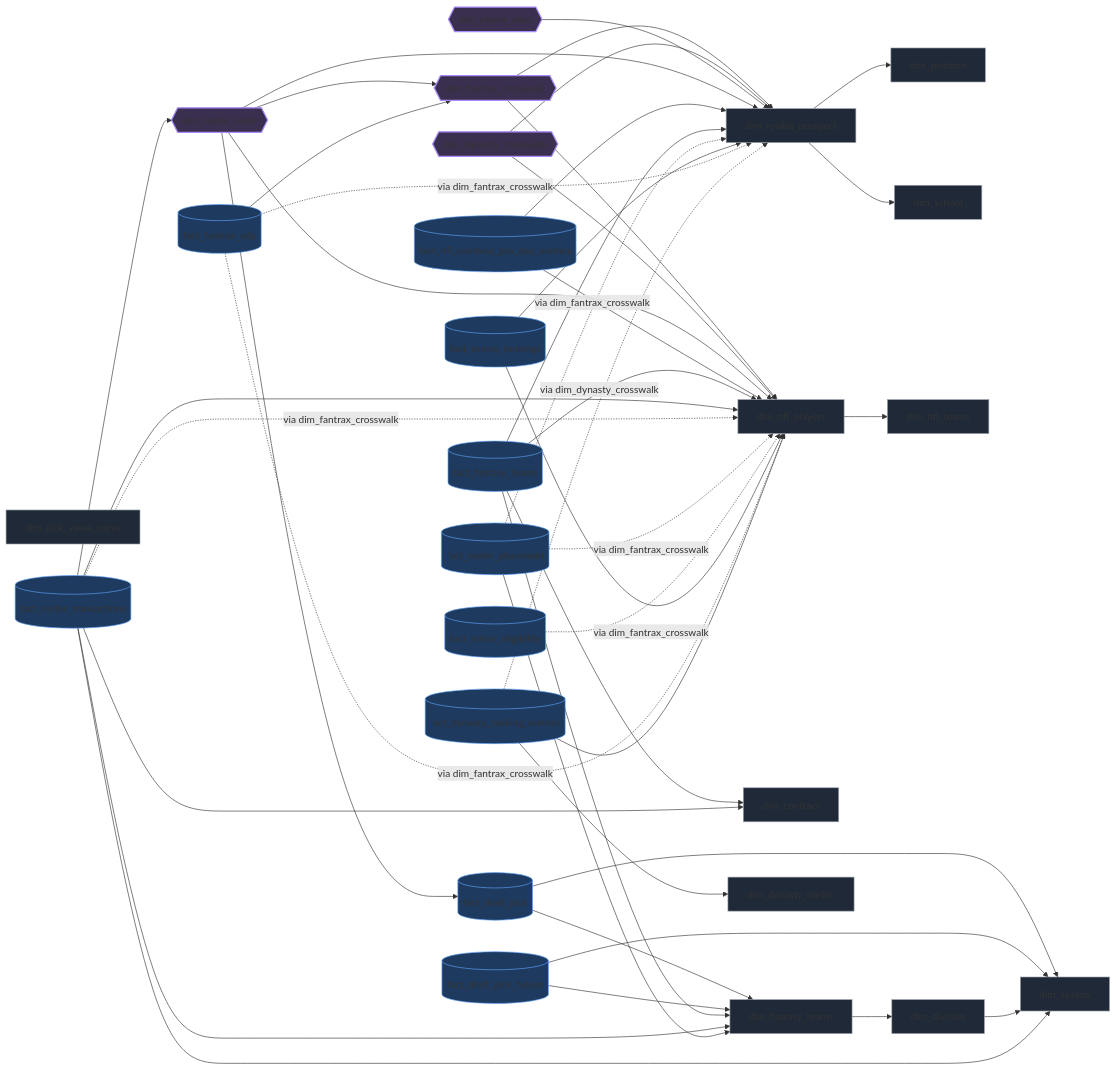
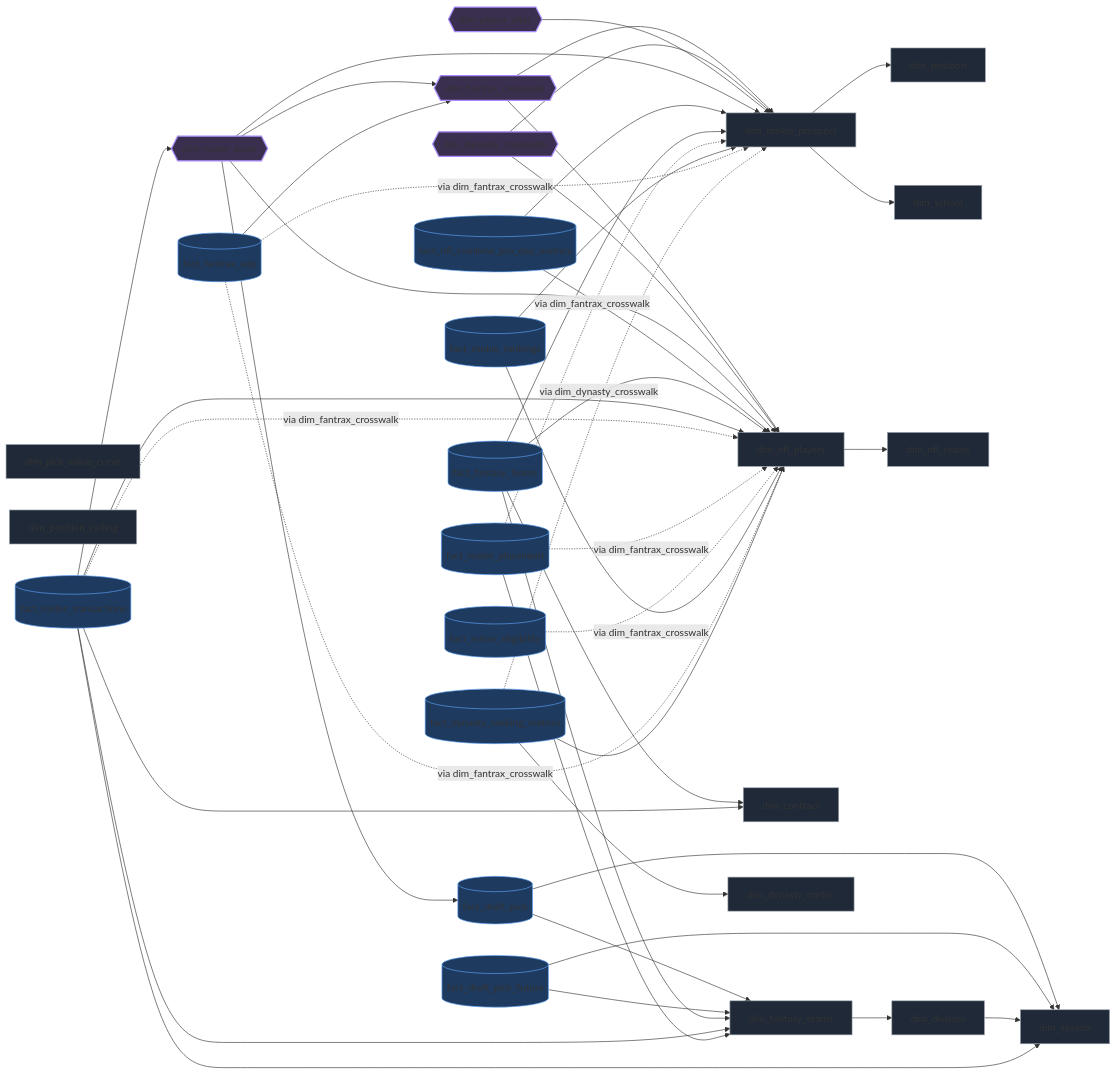
One commit to benjamininja/Python-PowerBI-DynastyFantasyFootball changed the diagram in docs/DATA_MODEL.md. Above: the diagram before and after it, drawn with Mermaid. The commit also changed 34 other files, not shown here.

First line of the commit message:
mouserat_trade-bud v2 asset valuation & memory architecture hardening (#36) (#43)

```diff
--- a/docs/DATA_MODEL.md
+++ b/docs/DATA_MODEL.md
@@ -19,6 +19,7 @@
     dim_nfl_teams[dim_nfl_teams]
     dim_dynasty_metric[dim_dynasty_metric]
     dim_pick_value_curve[dim_pick_value_curve]
+    dim_position_ceiling[dim_position_ceiling]
     fact_draft_pick[(fact_draft_pick)]
     fact_draft_pick_future[(fact_draft_pick_future)]
     dim_season[dim_season]
@@ -90,6 +91,7 @@
     class dim_nfl_teams dim;
     class dim_dynasty_metric dim;
     class dim_pick_value_curve dim;
+    class dim_position_ceiling dim;
     class fact_draft_pick fact;
     class fact_draft_pick_future fact;
     class dim_season dim;
```
